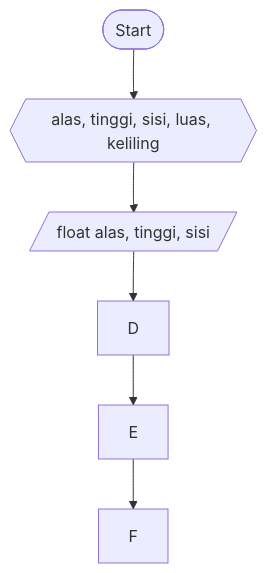
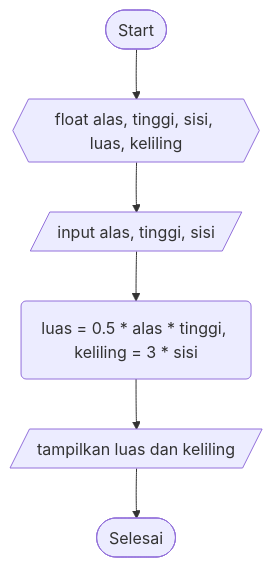
One commit to SATRIODIANNUGROHO/Latihan4_27_SatrioDianNugroho changed the diagram in Segitiga.md. Above: the diagram before and after it, drawn with Mermaid.

````diff
--- a/Segitiga.md
+++ b/Segitiga.md
@@ -16,8 +16,8 @@
 ```mermaid
 graph TD;
-    A([Start])-->B{{alas, tinggi, sisi, luas, keliling}};
-    B{{alas, tinggi, sisi, luas, keliling}}-->C[/float alas, tinggi, sisi/];
-    C-->D;
-    D-->E;
-    E-->F;
+    A([Start])-->B{{float alas, tinggi, sisi, luas, keliling}};
+    B{{float alas, tinggi, sisi, luas, keliling}}-->C[/input alas, tinggi, sisi/];
+    C[/input alas, tinggi, sisi/]-->D(luas = 0.5 * alas * tinggi, keliling = 3 * sisi);
+    D(luas = 0.5 * alas * tinggi, keliling = 3 * sisi)-->E[/tampilkan luas dan keliling/];
+    E[/tampilkan luas dan keliling/]-->F([Selesai]);
 ```
````
